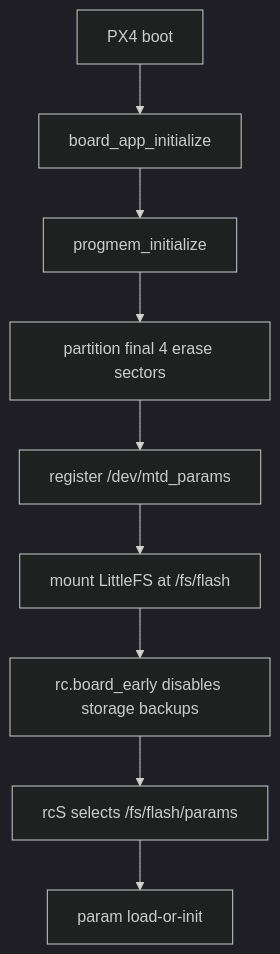
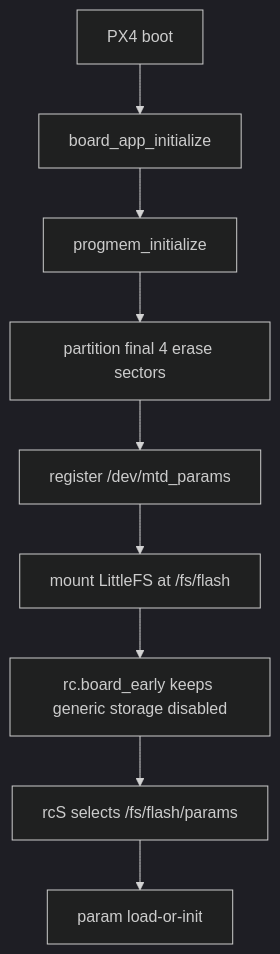
The diagram in boards/st/nucleo-h753zi/littlefs_ref/README.md (JaeheeKwon/PX4-Autopilot), drawn with Mermaid (dark theme) before and after one commit. The commit also changed other lines of this file and 192 other files, not shown here.

````diff
--- a/boards/st/nucleo-h753zi/littlefs_ref/README.md
+++ b/boards/st/nucleo-h753zi/littlefs_ref/README.md
@@ -59,11 +71,11 @@
 ```mermaid
 flowchart TD
     Boot[PX4 boot] --> Init[board_app_initialize]
     Init --> Progmem[progmem_initialize]
     Progmem --> Partition[partition final 4 erase sectors]
     Partition --> MTD[register /dev/mtd_params]
     MTD --> Mount[mount LittleFS at /fs/flash]
-    Mount --> RcEarly[rc.board_early disables storage backups]
+    Mount --> RcEarly[rc.board_early keeps generic storage disabled]
     RcEarly --> Params[rcS selects /fs/flash/params]
     Params --> Load[param load-or-init]
 ```
````
